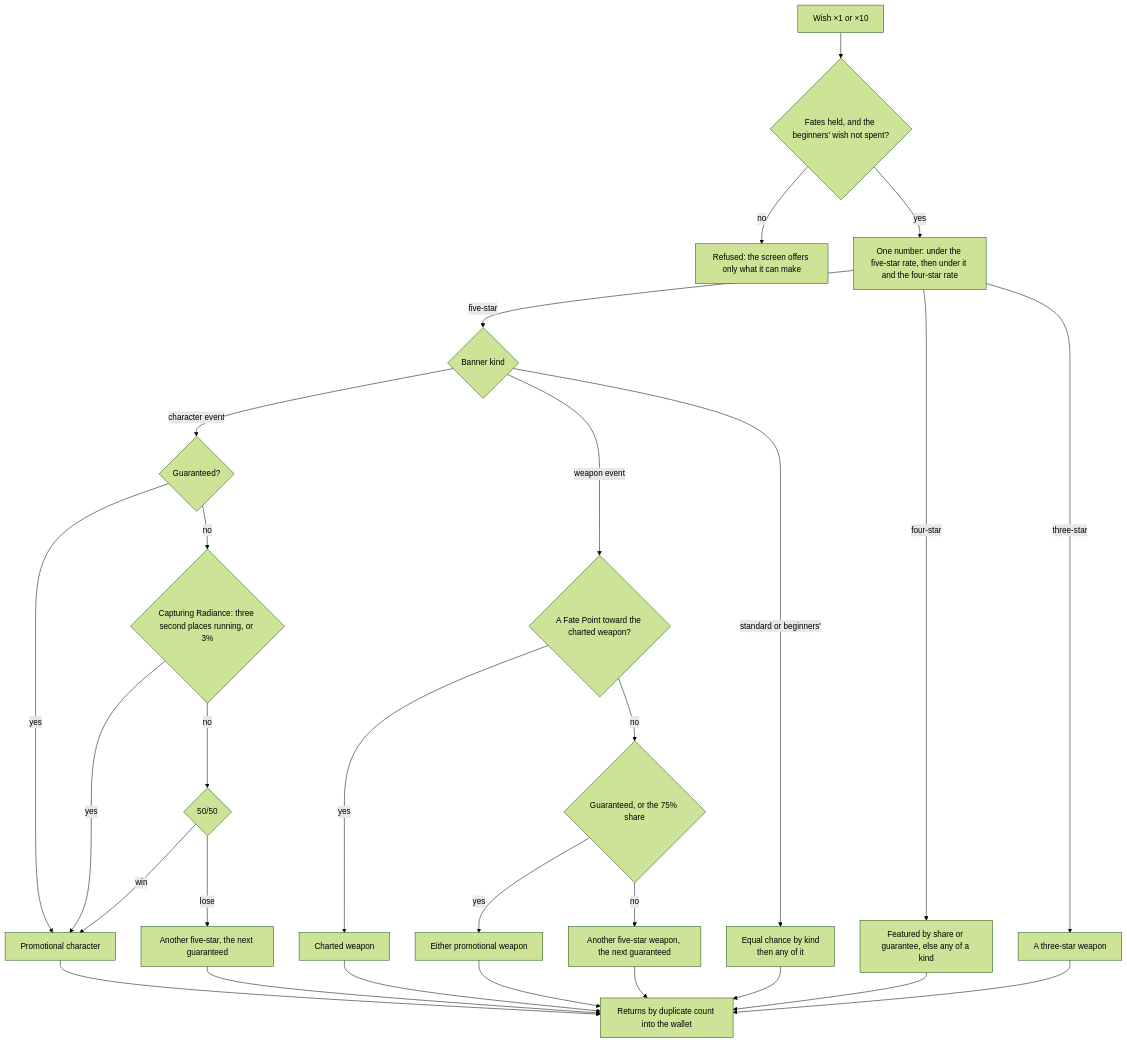
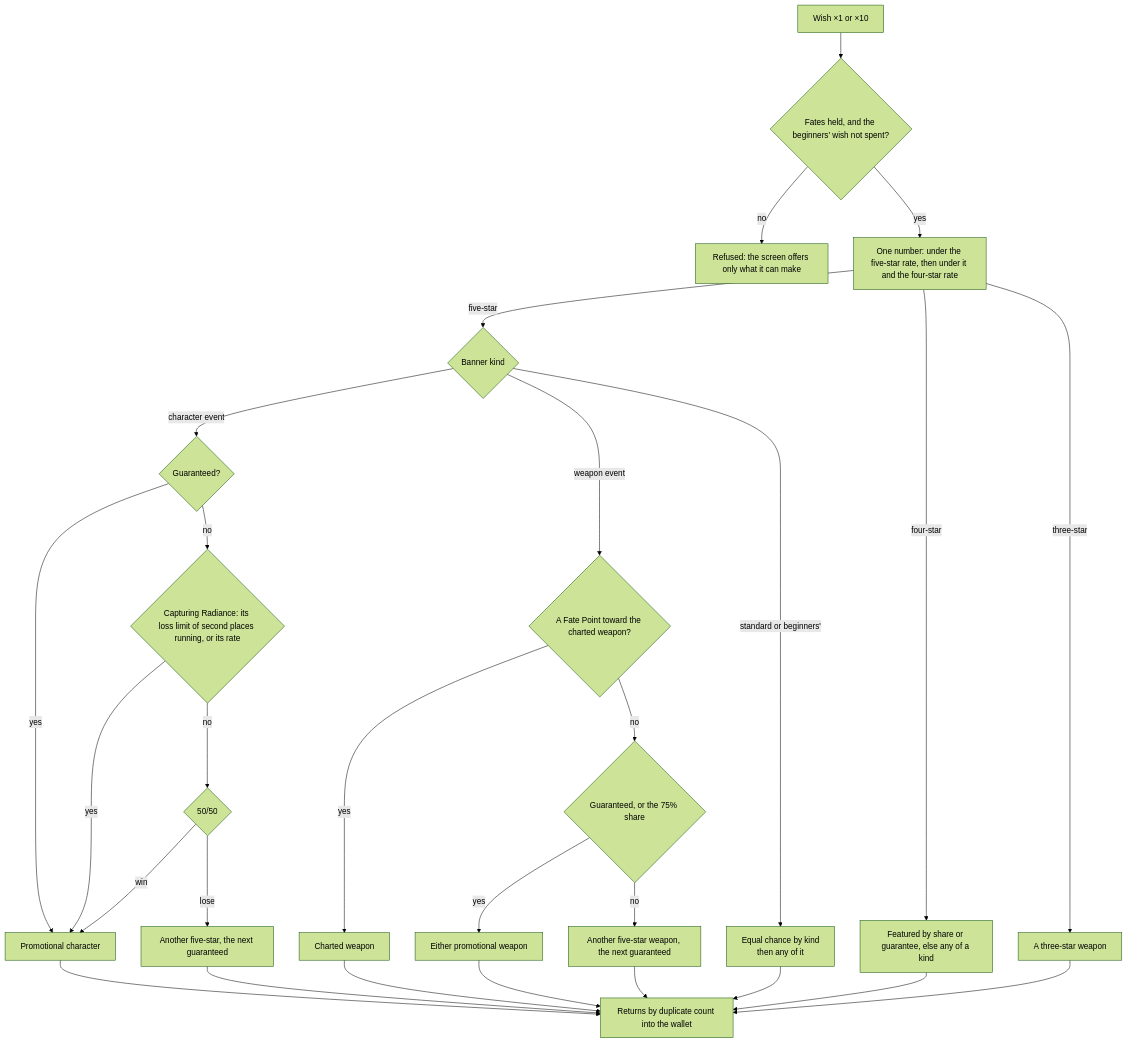
The diagram in openspec/specs/genshin/wish/design.md (Esposter/Esposter), drawn with Mermaid (forest theme) before and after one commit. The commit also changed other lines of this file and 41 other files, not shown here.

````diff
--- a/openspec/specs/genshin/wish/design.md
+++ b/openspec/specs/genshin/wish/design.md
@@ -7,30 +7,30 @@
 ```mermaid
 flowchart TD
   W["Wish ×1 or ×10"] --> COST{"Fates held, and the beginners' wish not spent?"}
   COST -->|"no"| REFUSE["Refused: the screen offers only what it can make"]
   COST -->|"yes"| ROLL["One number: under the five-star rate, then under it and the four-star rate"]
   ROLL -->|"five-star"| KIND{"Banner kind"}
   KIND -->|"character event"| G{"Guaranteed?"}
   G -->|"yes"| PROMO["Promotional character"]
-  G -->|"no"| RAD{"Capturing Radiance: three second places running, or 3%"}
+  G -->|"no"| RAD{"Capturing Radiance: its loss limit of second places running, or its rate"}
   RAD -->|"yes"| PROMO
   RAD -->|"no"| FIFTY{"50/50"}
   FIFTY -->|"win"| PROMO
   FIFTY -->|"lose"| STD["Another five-star, the next guaranteed"]
   KIND -->|"weapon event"| PATH{"A Fate Point toward the charted weapon?"}
   PATH -->|"yes"| CHART["Charted weapon"]
   PATH -->|"no"| SHARE{"Guaranteed, or the 75% share"}
   SHARE -->|"yes"| EITHER["Either promotional weapon"]
   SHARE -->|"no"| STDW["Another five-star weapon, the next guaranteed"]
   KIND -->|"standard or beginners'"| ANY["Equal chance by kind<br/>then any of it"]
   ROLL -->|"four-star"| F4["Featured by share or guarantee, else any of a kind"]
   ROLL -->|"three-star"| F3["A three-star weapon"]
   PROMO --> RET["Returns by duplicate count into the wallet"]
   STD --> RET
   CHART --> RET
   EITHER --> RET
   STDW --> RET
   ANY --> RET
   F4 --> RET
   F3 --> RET
 ```
````
